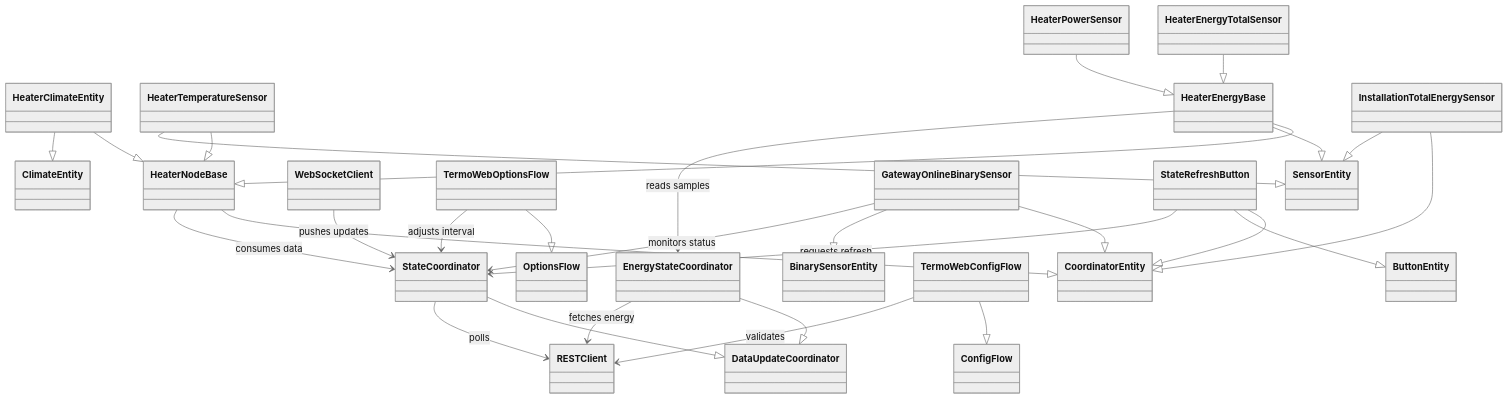
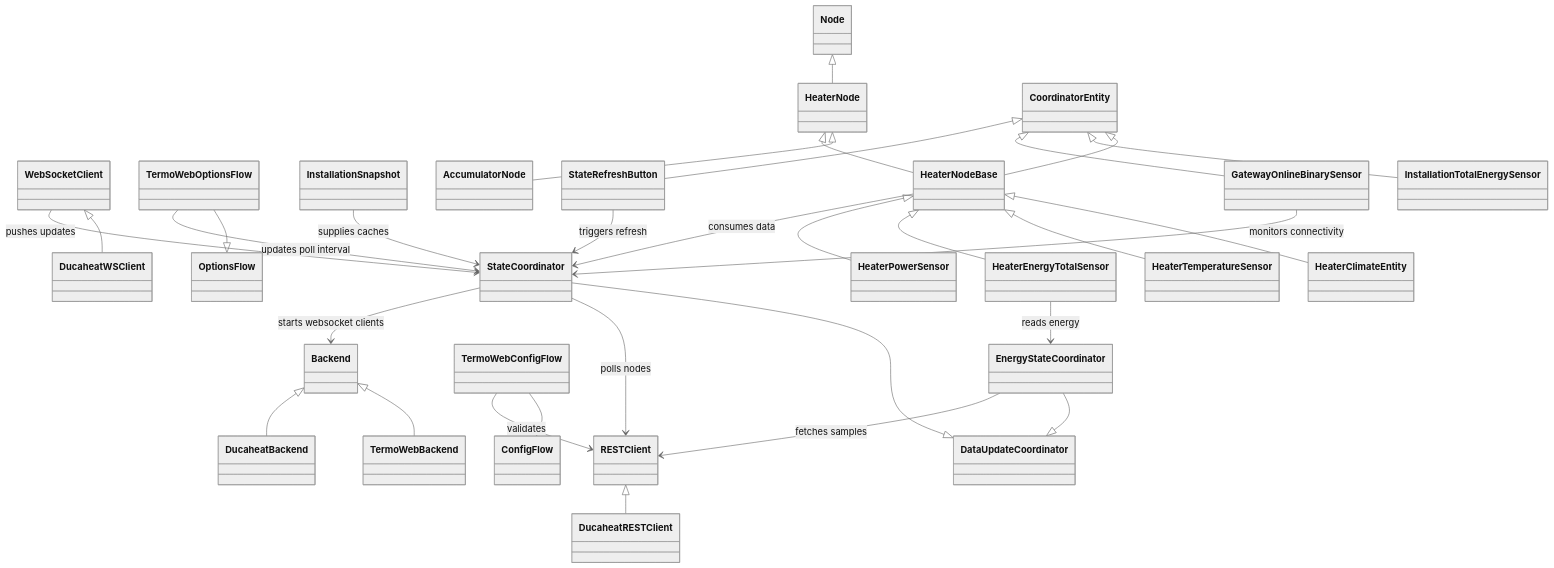
One commit to ha-termoweb/ha-termoweb changed the second of 2 diagrams in docs/architecture.md. Above: the diagram before and after it, drawn with Mermaid (neutral theme). The commit also changed other lines of this file, not shown here.

Commit message:
docs: update architecture overview

````diff
--- a/docs/architecture.md
+++ b/docs/architecture.md
@@ -104,61 +147,58 @@
 ```mermaid
 classDiagram
-    %% Core Home Assistant base classes
-    class ConfigFlow
-    class OptionsFlow
-    class DataUpdateCoordinator
-    class CoordinatorEntity
-    class ClimateEntity
-    class SensorEntity
-    class BinarySensorEntity
-    class ButtonEntity
-
-    %% Integration classes
+    class Backend
+    class TermoWebBackend
+    class DucaheatBackend
     class RESTClient
+    class DucaheatRESTClient
     class WebSocketClient
+    class DucaheatWSClient
     class TermoWebConfigFlow
     class TermoWebOptionsFlow
+    class InstallationSnapshot
+    class Node
+    class HeaterNode
+    class AccumulatorNode
     class StateCoordinator
     class EnergyStateCoordinator
     class HeaterNodeBase
     class HeaterClimateEntity
     class HeaterTemperatureSensor
-    class HeaterEnergyBase
     class HeaterEnergyTotalSensor
     class HeaterPowerSensor
     class InstallationTotalEnergySensor
     class GatewayOnlineBinarySensor
     class StateRefreshButton
 
-    %% Inheritance
+    Backend <|-- TermoWebBackend
+    Backend <|-- DucaheatBackend
+    RESTClient <|-- DucaheatRESTClient
+    WebSocketClient <|-- DucaheatWSClient
     TermoWebConfigFlow --|> ConfigFlow
     TermoWebOptionsFlow --|> OptionsFlow
+    HeaterNode <|-- AccumulatorNode
+    Node <|-- HeaterNode
+    HeaterNode <|-- HeaterNodeBase
+    HeaterNodeBase <|-- HeaterClimateEntity
+    HeaterNodeBase <|-- HeaterTemperatureSensor
+    HeaterNodeBase <|-- HeaterEnergyTotalSensor
+    HeaterNodeBase <|-- HeaterPowerSensor
+    CoordinatorEntity <|-- HeaterNodeBase
+    CoordinatorEntity <|-- InstallationTotalEnergySensor
+    CoordinatorEntity <|-- GatewayOnlineBinarySensor
+    CoordinatorEntity <|-- StateRefreshButton
     StateCoordinator --|> DataUpdateCoordinator
     EnergyStateCoordinator --|> DataUpdateCoordinator
-    HeaterNodeBase --|> CoordinatorEntity
-    HeaterClimateEntity --|> HeaterNodeBase
-    HeaterClimateEntity --|> ClimateEntity
-    HeaterTemperatureSensor --|> HeaterNodeBase
-    HeaterTemperatureSensor --|> SensorEntity
-    HeaterEnergyBase --|> HeaterNodeBase
-    HeaterEnergyBase --|> SensorEntity
-    HeaterEnergyTotalSensor --|> HeaterEnergyBase
-    HeaterPowerSensor --|> HeaterEnergyBase
-    InstallationTotalEnergySensor --|> CoordinatorEntity
-    InstallationTotalEnergySensor --|> SensorEntity
-    GatewayOnlineBinarySensor --|> CoordinatorEntity
-    GatewayOnlineBinarySensor --|> BinarySensorEntity
-    StateRefreshButton --|> CoordinatorEntity
-    StateRefreshButton --|> ButtonEntity
 
-    %% Usage relationships
     TermoWebConfigFlow --> RESTClient : validates
-    TermoWebOptionsFlow --> StateCoordinator : adjusts interval
-    StateCoordinator --> RESTClient : polls
-    EnergyStateCoordinator --> RESTClient : fetches energy
+    TermoWebOptionsFlow --> StateCoordinator : updates poll interval
+    StateCoordinator --> RESTClient : polls nodes
+    StateCoordinator --> Backend : starts websocket clients
+    EnergyStateCoordinator --> RESTClient : fetches samples
     WebSocketClient --> StateCoordinator : pushes updates
+    InstallationSnapshot --> StateCoordinator : supplies caches
     HeaterNodeBase --> StateCoordinator : consumes data
-    HeaterEnergyBase --> EnergyStateCoordinator : reads samples
-    GatewayOnlineBinarySensor --> StateCoordinator : monitors status
-    StateRefreshButton --> StateCoordinator : requests refresh
+    HeaterEnergyTotalSensor --> EnergyStateCoordinator : reads energy
+    GatewayOnlineBinarySensor --> StateCoordinator : monitors connectivity
+    StateRefreshButton --> StateCoordinator : triggers refresh
 ```
````
